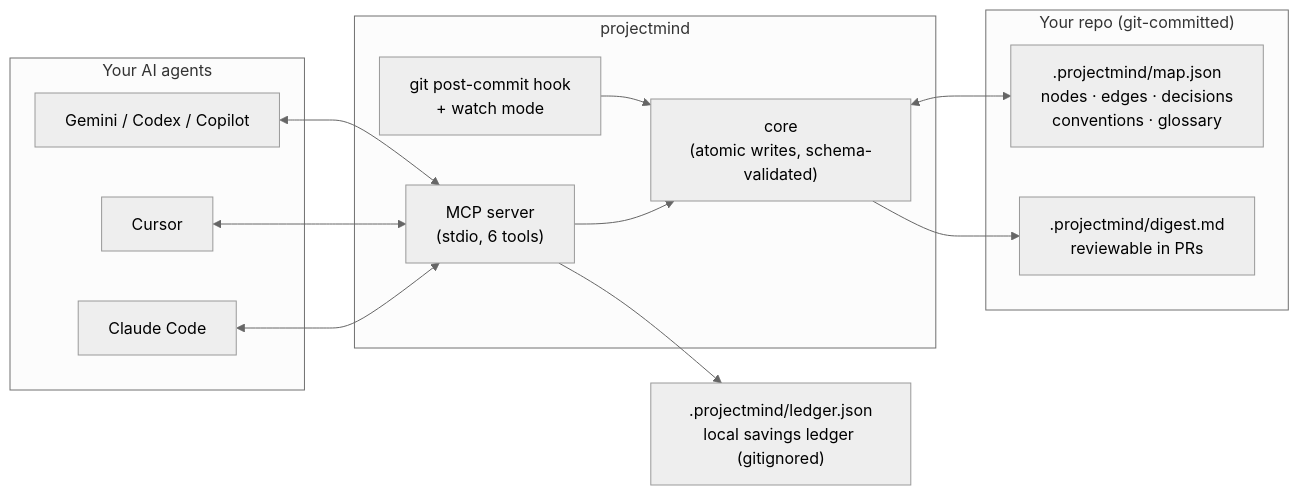
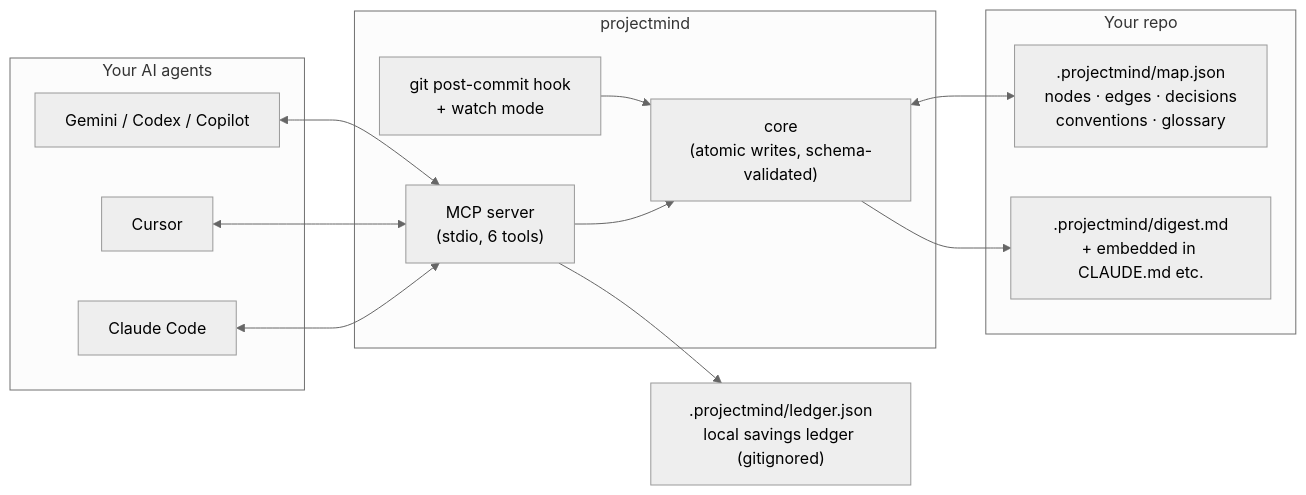
The diagram in README.md (Nodemint-dev/projectmind), drawn with Mermaid (neutral theme) before and after one commit. The commit also changed other lines of this file and 13 other files, not shown here.

````diff
--- a/README.md
+++ b/README.md
@@ -148,27 +164,27 @@
 ```mermaid
 flowchart LR
     subgraph agents["Your AI agents"]
         A1[Claude Code]
         A2[Cursor]
         A3[Gemini / Codex / Copilot]
     end
     subgraph pm["projectmind"]
         MCP["MCP server\n(stdio, 6 tools)"]
         CORE["core\n(atomic writes, schema-validated)"]
         HOOK["git post-commit hook\n+ watch mode"]
     end
-    subgraph repo["Your repo (git-committed)"]
+    subgraph repo["Your repo"]
         MAP[".projectmind/map.json\nnodes · edges · decisions\nconventions · glossary"]
-        DIG[".projectmind/digest.md\nreviewable in PRs"]
+        DIG[".projectmind/digest.md\n+ embedded in CLAUDE.md etc."]
     end
     LEDGER[".projectmind/ledger.json\nlocal savings ledger (gitignored)"]
 
     A1 <--> MCP
     A2 <--> MCP
     A3 <--> MCP
     MCP --> CORE
     HOOK --> CORE
     CORE <--> MAP
     CORE --> DIG
     MCP --> LEDGER
 ```
````
